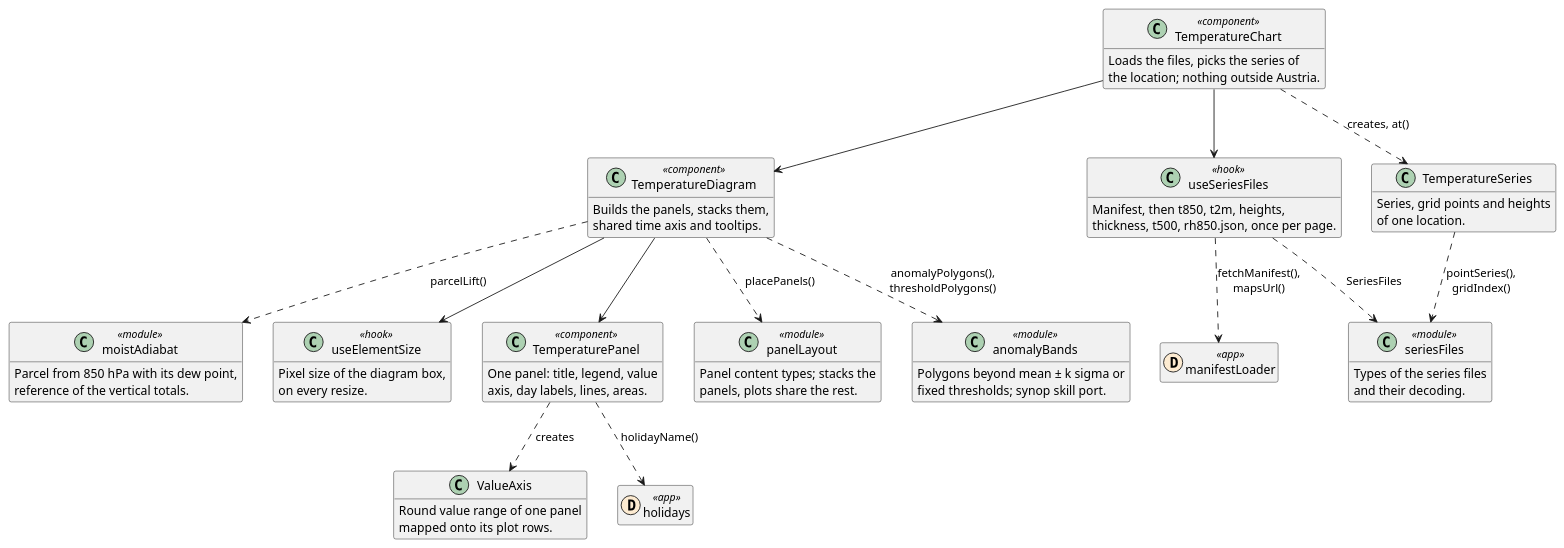
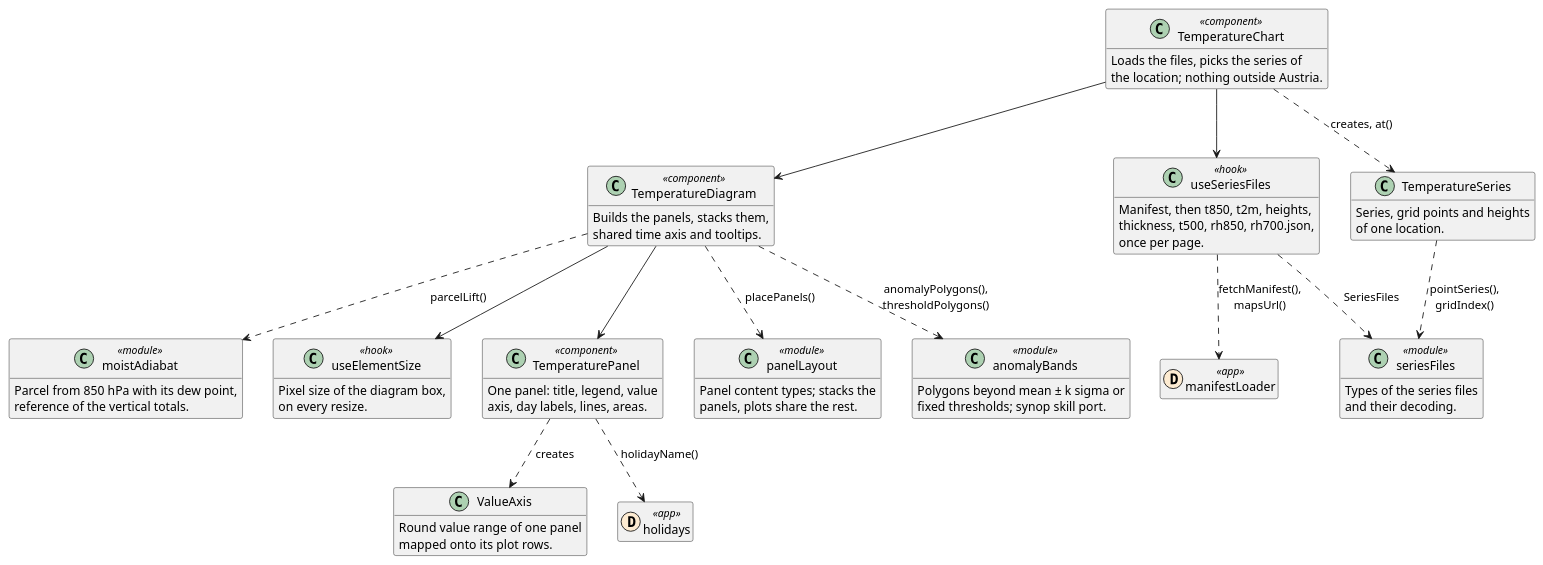
Before and after one commit to schletz/wetterkartenviewer: the second of 2 diagrams in REFERENCE.webapp.md, drawn with PlantUML. The commit also changed other lines of this file and 12 other files, not shown here.

````diff
--- a/REFERENCE.webapp.md
+++ b/REFERENCE.webapp.md
@@ -168,64 +168,65 @@
 ```plantuml
 @startuml temperature
 hide empty members
 class TemperatureChart <<component>> {
  Loads the files, picks the series of
  the location; nothing outside Austria.
 }
 class TemperatureDiagram <<component>> {
  Builds the panels, stacks them,
  shared time axis and tooltips.
 }
 class TemperaturePanel <<component>> {
  One panel: title, legend, value
  axis, day labels, lines, areas.
 }
 class useSeriesFiles <<hook>> {
  Manifest, then t850, t2m, heights,
- thickness, t500, rh850.json, once per page.
+ thickness, t500, rh850, rh700.json,
+ once per page.
 }
 class TemperatureSeries {
  Series, grid points and heights
  of one location.
 }
 class panelLayout <<module>> {
  Panel content types; stacks the
  panels, plots share the rest.
 }
 class ValueAxis {
  Round value range of one panel
  mapped onto its plot rows.
 }
 class anomalyBands <<module>> {
  Polygons beyond mean ± k sigma or
  fixed thresholds; synop skill port.
 }
 class moistAdiabat <<module>> {
  Parcel from 850 hPa with its dew point,
  reference of the vertical totals.
 }
 class seriesFiles <<module>> {
  Types of the series files
  and their decoding.
 }
 class useElementSize <<hook>> {
  Pixel size of the diagram box,
  on every resize.
 }
 class manifestLoader << (D,#fdebd1) app >>
 class holidays << (D,#fdebd1) app >>
 TemperatureChart --> useSeriesFiles
 TemperatureChart ..> TemperatureSeries : creates, at()
 TemperatureChart --> TemperatureDiagram
 useSeriesFiles ..> manifestLoader : fetchManifest(),\nmapsUrl()
 useSeriesFiles ..> seriesFiles : SeriesFiles
 TemperatureSeries ..> seriesFiles : pointSeries(),\ngridIndex()
 TemperatureDiagram ..> panelLayout : placePanels()
 TemperatureDiagram ..> anomalyBands : anomalyPolygons(),\nthresholdPolygons()
 TemperatureDiagram ..> moistAdiabat : parcelLift()
 TemperatureDiagram --> TemperaturePanel
 TemperatureDiagram --> useElementSize
 TemperaturePanel ..> ValueAxis : creates
 TemperaturePanel ..> holidays : holidayName()
 @enduml
 ```
````
